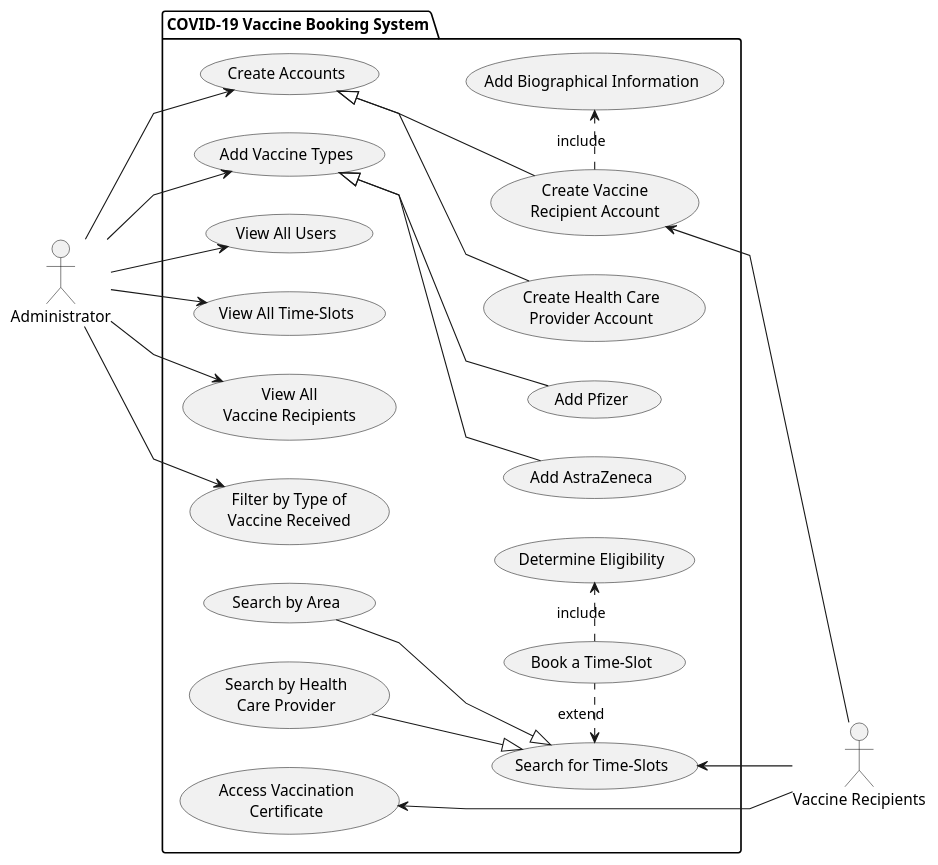
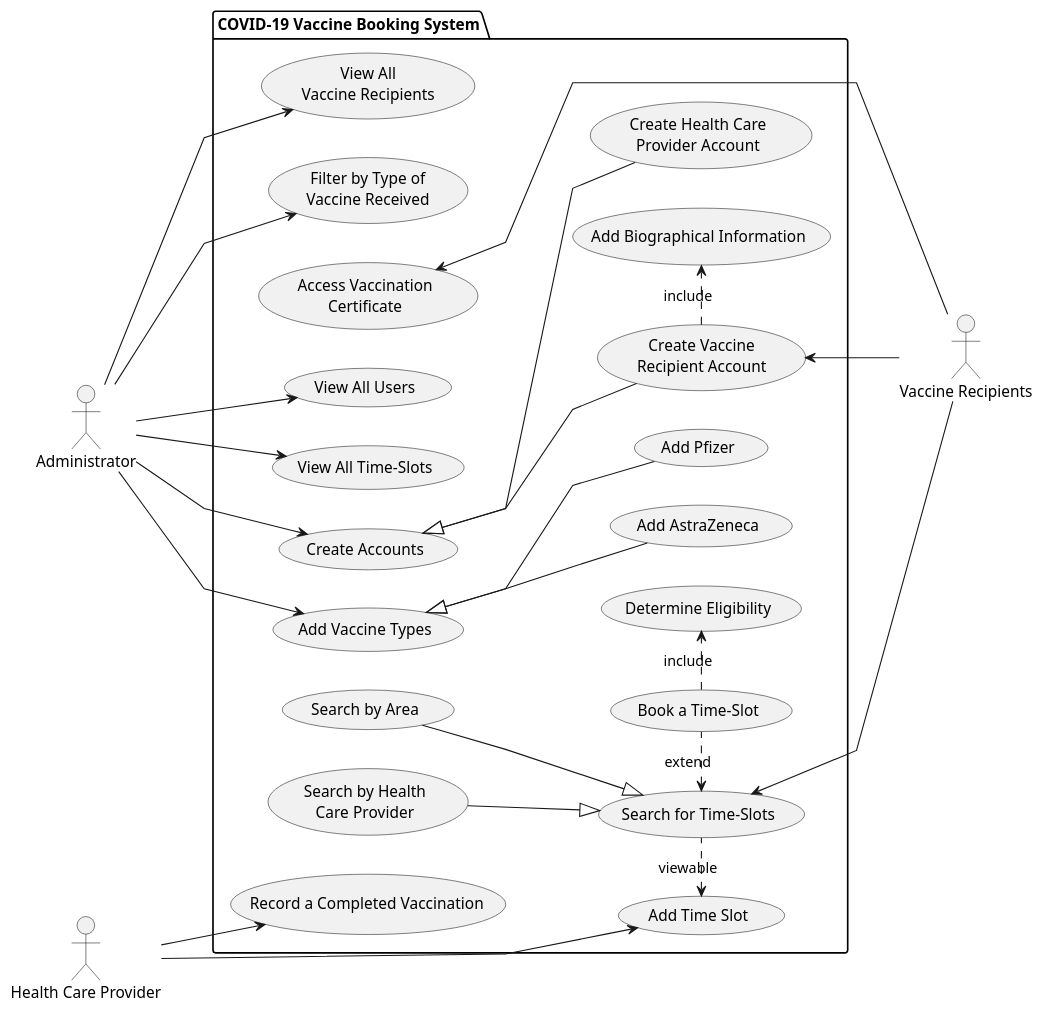
The diagram in docs/part1/UseCaseDiagram.puml (SWEN900072021/Covid19BookingSystem), drawn with PlantUML before and after one commit.

Commit message:
added HCP use cases to diagram

```diff
--- a/docs/part1/UseCaseDiagram.puml
+++ b/docs/part1/UseCaseDiagram.puml
@@ -1,62 +1,70 @@
 @startuml
 'https://plantuml.com/use-case-diagram
 
 left to right direction
 
 actor :Administrator: as Admin
 actor :Vaccine Recipients:  as VR
+actor :Health Care Provider: as HCP
 
 skinparam linetype polyline
 
 package "COVID-19 Vaccine Booking System" {
     usecase (Create Accounts) as (CA)
     usecase (Add Vaccine Types) as (AVT)
     usecase (Add AstraZeneca) as (AZ)
     usecase (Add Pfizer) as (Pfizer)
     usecase (View All Users) as (VAU)
     usecase (View All Time-Slots) as (VATS)
     usecase (View All\nVaccine Recipients) as (VAVR)
     usecase (Filter by Type of\nVaccine Received) as (FTVR)
     usecase (Add Biographical Information) as (ABR)
     usecase (Search for Time-Slots) as (STS)
     usecase (Search by Area) as (SA)
     usecase (Search by Health\nCare Provider) as (SHCA)
     usecase (Create Vaccine\nRecipient Account) as (CVRA)
     usecase (Create Health Care\nProvider Account) as (CHRA)
     usecase (Book a Time-Slot) as (BTS)
     usecase (Determine Eligibility) as (DE)
     usecase (Access Vaccination\nCertificate) as (AVC)
+    usecase (Add Time Slot) as (ATS)
+    usecase (Record a Completed Vaccination) as (RCV)
 }
 
 Admin --> (AVT)
 Admin --> (VAU)
 Admin --> (VATS)
 Admin --> (VAVR)
 Admin --> (FTVR)
 Admin --> (CA)
 (STS) <-- VR
 (CVRA) <-- VR
 (AVC) <-- VR
 '(BTS) <-- VR
 
 (AVT) <|-- (AZ)
 (AVT) <|-- (Pfizer)
 (CA) <|-- (CVRA)
 (CA) <|-- (CHRA)
 (SA) --|> (STS)
 (SHCA) --|> (STS)
 
 (STS) <. (BTS) : extend
 (BTS) .> (DE) : include
 (CVRA) .> (ABR) : include
 'note right of Admin : This is an example.
 
+(ATS) <. (STS) : viewable
+HCP --> (ATS)
+HCP --> (RCV)
+
+
 'note right of (Use)
 'A note can also
 'be on several lines
 'end note
 
 'note "This note is connected\nto several objects." as N2
 '(Start) .. N2
 'N2 .. (Use)
 @enduml
```
